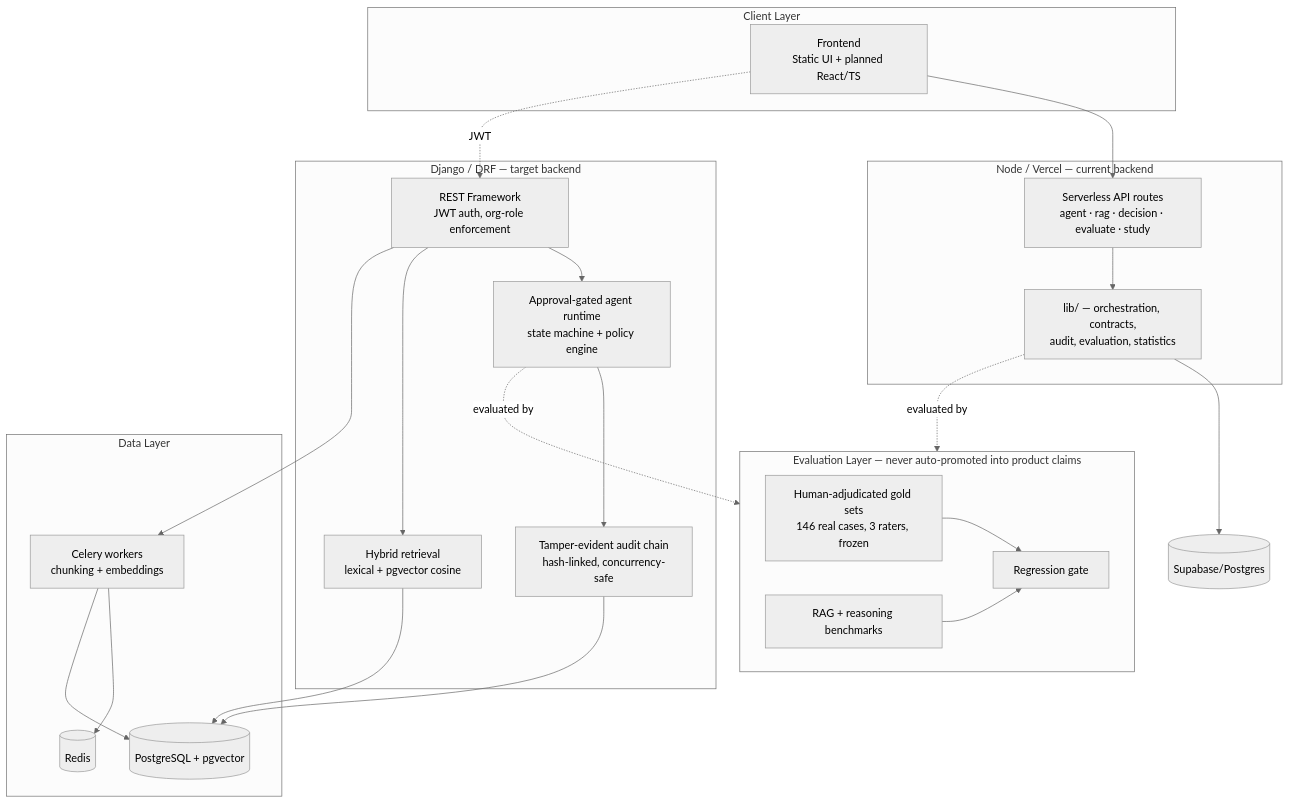
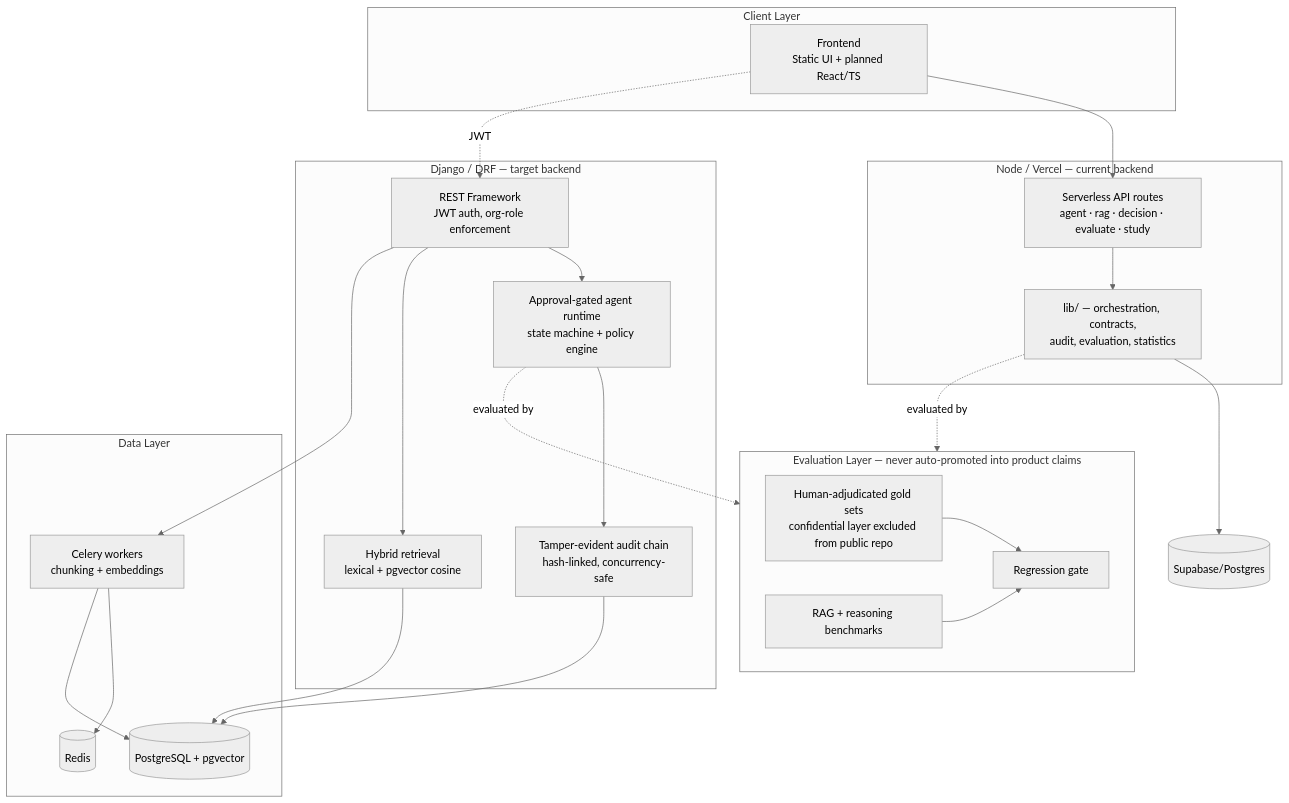
Before and after one commit to suvampriyaranjansahoo/ThinkForge-AI-Decision-Intelligence-Platform: the first of 2 diagrams in README.md, drawn with Mermaid (neutral theme). The commit also changed other lines of this file, not shown here.

````diff
--- a/README.md
+++ b/README.md
@@ -29,43 +46,43 @@
 ```mermaid
 flowchart TB
     subgraph Client["Client Layer"]
         UI[Frontend<br/>Static UI + planned React/TS]
     end
 
     subgraph NodeBackend["Node / Vercel — current backend"]
         API[Serverless API routes<br/>agent · rag · decision · evaluate · study]
         LIB[lib/ — orchestration, contracts,<br/>audit, evaluation, statistics]
     end
 
     subgraph DjangoBackend["Django / DRF — target backend"]
         DRF[REST Framework<br/>JWT auth, org-role enforcement]
         AGENT[Approval-gated agent runtime<br/>state machine + policy engine]
         AUDIT[Tamper-evident audit chain<br/>hash-linked, concurrency-safe]
         RETR[Hybrid retrieval<br/>lexical + pgvector cosine]
     end
 
     subgraph Data["Data Layer"]
         PG[(PostgreSQL + pgvector)]
         REDIS[(Redis)]
         CELERY[Celery workers<br/>chunking + embeddings]
     end
 
     subgraph EvalLayer["Evaluation Layer — never auto-promoted into product claims"]
-        GOLD[Human-adjudicated gold sets<br/>146 real cases, 3 raters, frozen]
+        GOLD[Human-adjudicated gold sets<br/>confidential layer excluded from public repo]
         BENCH[RAG + reasoning benchmarks]
         GATE[Regression gate]
     end
 
     UI --> API
     UI -.JWT.-> DRF
     API --> LIB
     LIB --> Supabase[(Supabase/Postgres)]
     DRF --> AGENT --> AUDIT --> PG
     DRF --> RETR --> PG
     DRF --> CELERY --> REDIS
     CELERY --> PG
     LIB -.evaluated by.-> EvalLayer
     AGENT -.evaluated by.-> EvalLayer
     GOLD --> GATE
     BENCH --> GATE
 ```
````
